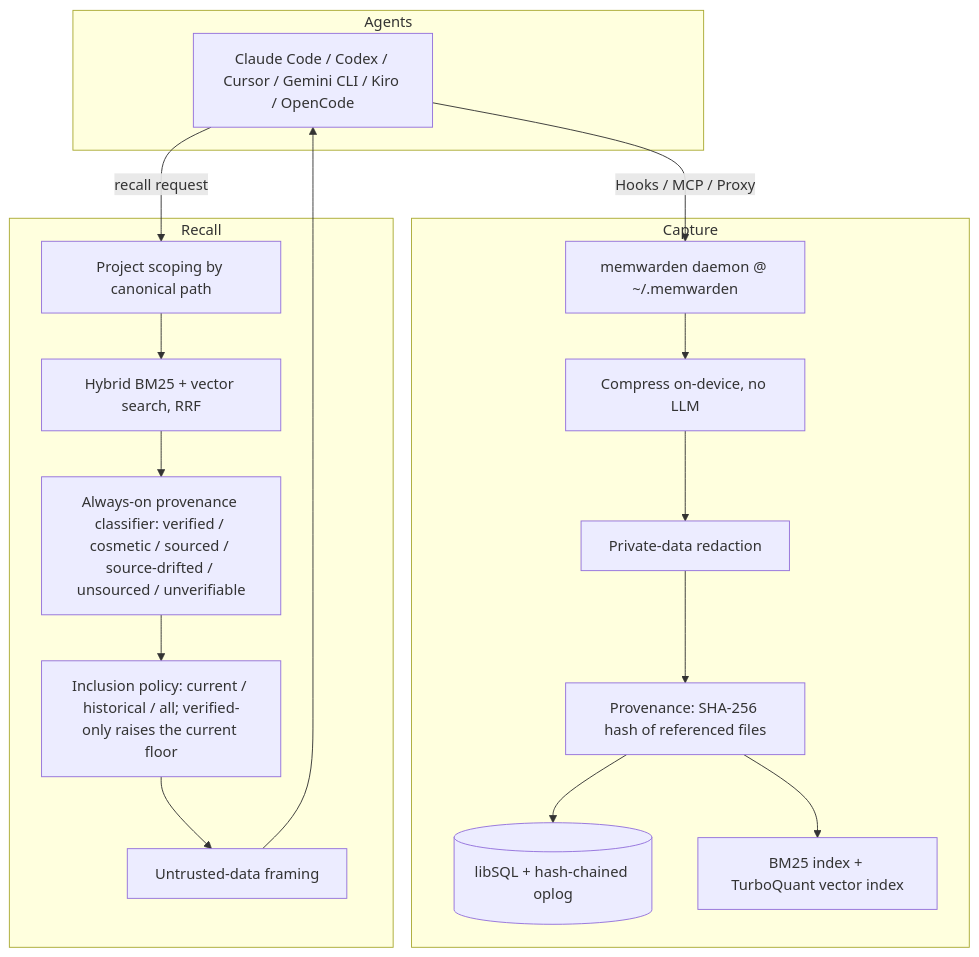
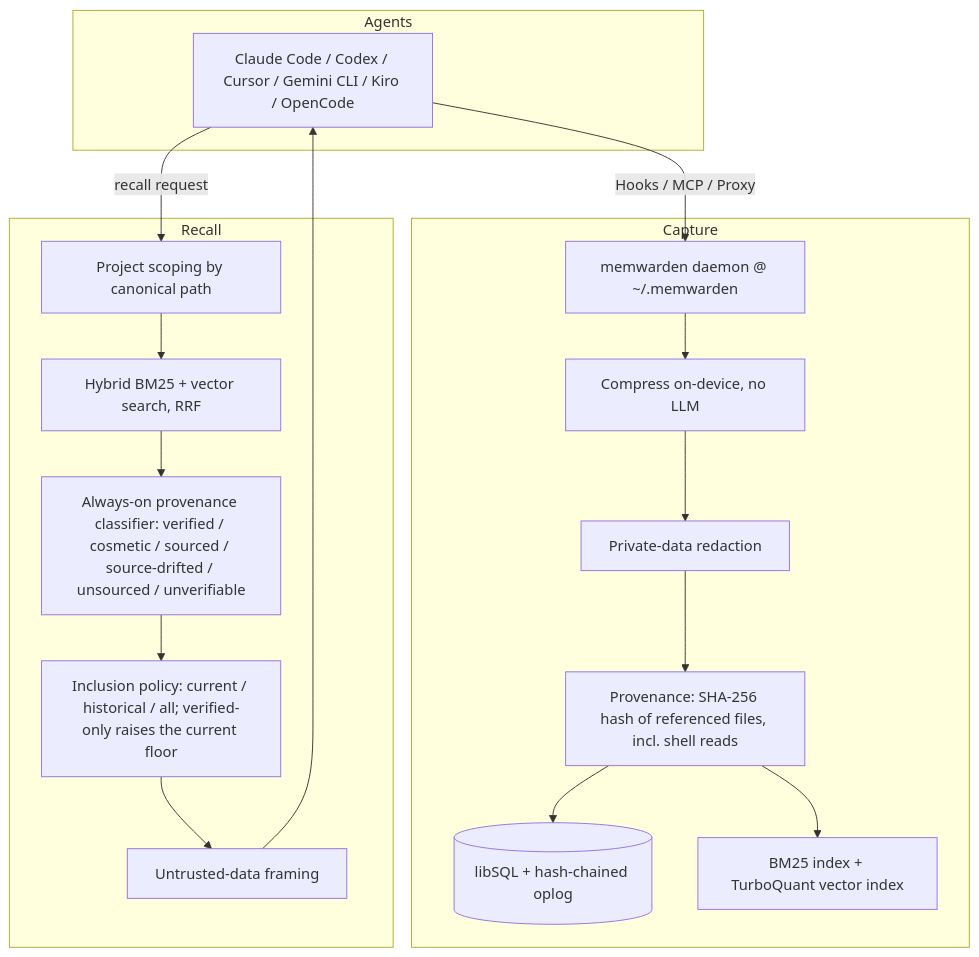
The diagram in docs/architecture.md (saiyam1814/memwarden), drawn with Mermaid before and after one commit. The commit also changed other lines of this file and 33 other files, not shown here.

First line of the commit message:
release: 0.2.0 — verified shell reads, legacy repair, recency session start (+ #87) (#88)

````diff
--- a/docs/architecture.md
+++ b/docs/architecture.md
@@ -5,24 +5,24 @@
 ```mermaid
 flowchart TB
   subgraph Agents
     A1[Claude Code / Codex / Cursor / Gemini CLI / Kiro / OpenCode]
   end
   A1 -->|Hooks / MCP / Proxy| D[memwarden daemon @ ~/.memwarden]
 
   subgraph Capture
     D --> C1[Compress on-device, no LLM]
     C1 --> C2[Private-data redaction]
-    C2 --> C3[Provenance: SHA-256 hash of referenced files]
+    C2 --> C3[Provenance: SHA-256 hash of referenced files, incl. shell reads]
     C3 --> ST[(libSQL + hash-chained oplog)]
     C3 --> IX[BM25 index + TurboQuant vector index]
   end
 
   subgraph Recall
     A1 -->|recall request| R1[Project scoping by canonical path]
     R1 --> R2[Hybrid BM25 + vector search, RRF]
     R2 --> R3[Always-on provenance classifier: verified / cosmetic / sourced / source-drifted / unsourced / unverifiable]
     R3 --> R4[Inclusion policy: current / historical / all; verified-only raises the current floor]
     R4 --> R5[Untrusted-data framing]
     R5 --> A1
   end
 ```
````
